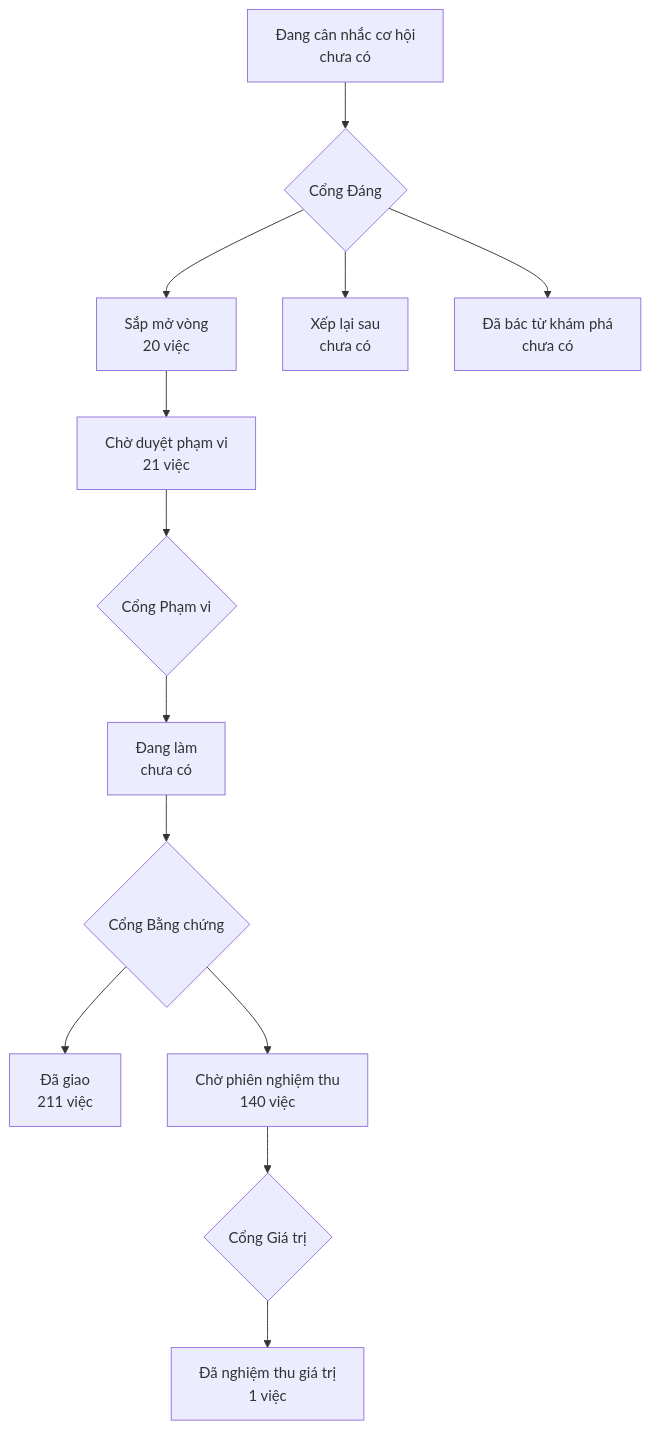
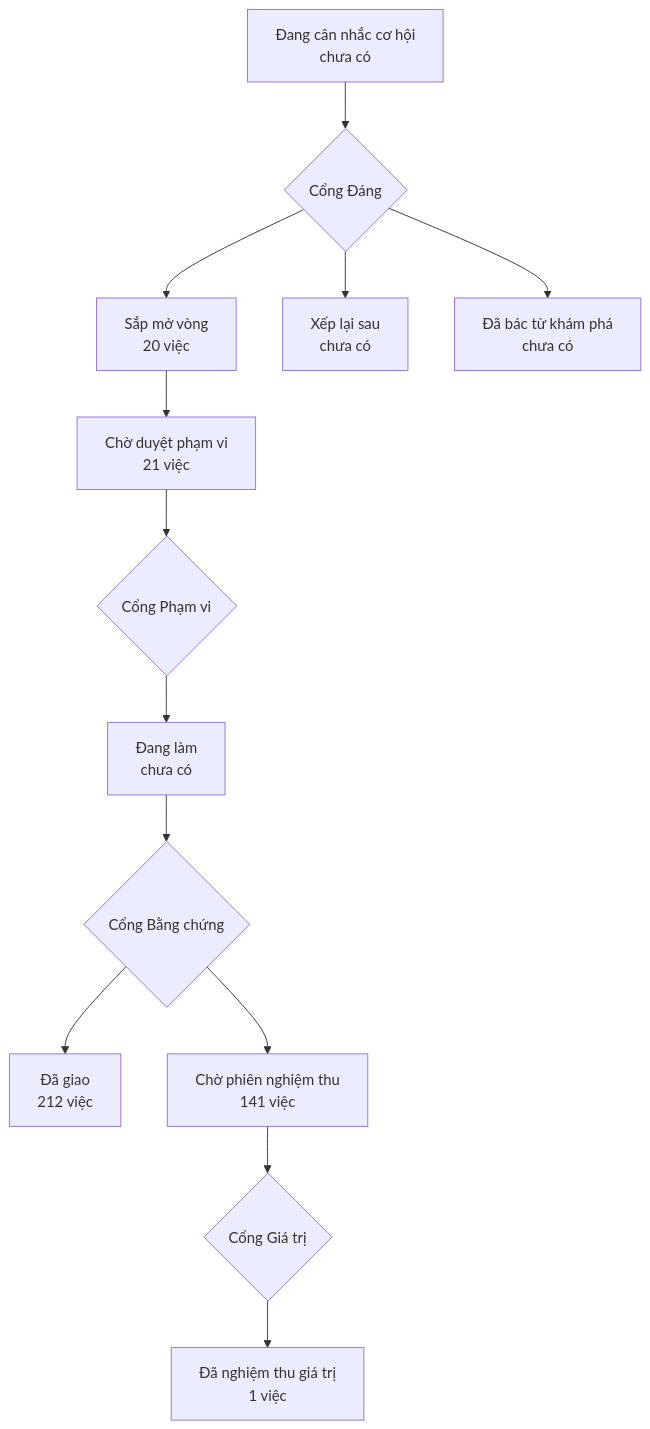
Before and after one commit to phanlemanh/onehub-invest: the diagram in PRODUCT-MAP.md, drawn with Mermaid. The commit also changed other lines of this file and 1 other file, not shown here.

Commit message:
chore(acceptance): vẽ lại PRODUCT-MAP, LO-TRINH sau khi gộp main (DA45)

````diff
--- a/PRODUCT-MAP.md
+++ b/PRODUCT-MAP.md
@@ -7,12 +7,12 @@
 ```mermaid
 flowchart TD
   A["Đang cân nhắc cơ hội<br/>chưa có"] --> GD{"Cổng Đáng"}
   GD --> B["Sắp mở vòng<br/>20 việc"]
   GD --> XL["Xếp lại sau<br/>chưa có"]
   GD --> DB["Đã bác từ khám phá<br/>chưa có"]
   B --> CD["Chờ duyệt phạm vi<br/>21 việc"] --> GP{"Cổng Phạm vi"}
   GP --> DL["Đang làm<br/>chưa có"] --> GB{"Cổng Bằng chứng"}
-  GB --> DG["Đã giao<br/>211 việc"]
-  GB --> CN["Chờ phiên nghiệm thu<br/>140 việc"] --> GG{"Cổng Giá trị"}
+  GB --> DG["Đã giao<br/>212 việc"]
+  GB --> CN["Chờ phiên nghiệm thu<br/>141 việc"] --> GG{"Cổng Giá trị"}
   GG --> NT["Đã nghiệm thu giá trị<br/>1 việc"]
 ```
````
